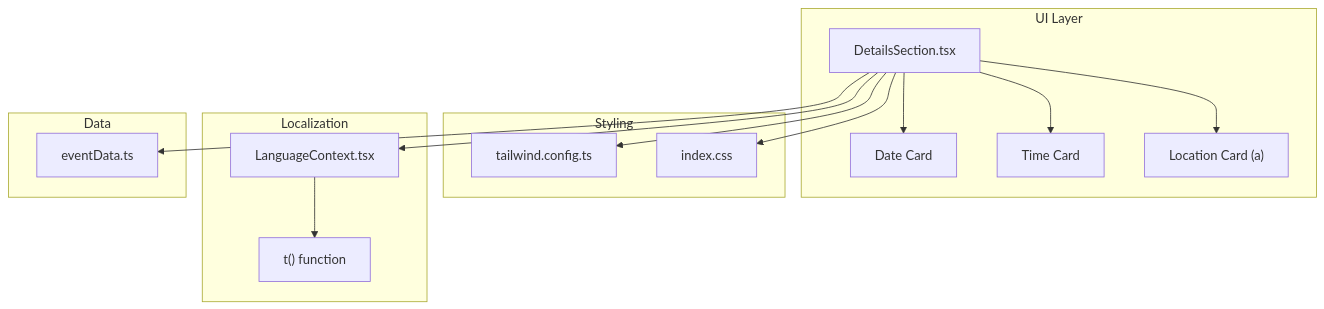
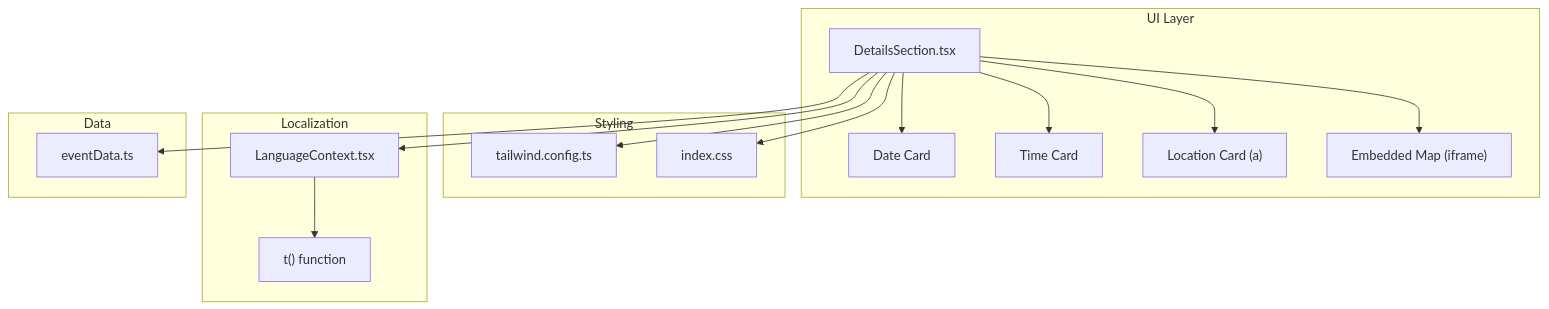
One commit to mohjak/sc-dof changed the second of 3 diagrams in .qoder/repowiki/en/content/Component Architecture/Core Section Components/Details Section.md. Above: the diagram before and after it, drawn with Mermaid. The commit also changed other lines of this file and 8 other files, not shown here.

````diff
--- a/.qoder/repowiki/en/content/Component Architecture/Core Section Components/Details Section.md
+++ b/.qoder/repowiki/en/content/Component Architecture/Core Section Components/Details Section.md
@@ -73,28 +83,30 @@
 ```mermaid
 graph TB
 subgraph "UI Layer"
 DS["DetailsSection.tsx"]
 CARD1["Date Card"]
 CARD2["Time Card"]
 CARD3["Location Card (a)"]
+IFRAME["Embedded Map (iframe)"]
 end
 subgraph "Styling"
 TWCFG["tailwind.config.ts"]
 IDXCSS["index.css"]
 end
 subgraph "Localization"
 LCTX["LanguageContext.tsx"]
 T["t() function"]
 end
 subgraph "Data"
 EDATA["eventData.ts"]
 end
 DS --> CARD1
 DS --> CARD2
 DS --> CARD3
+DS --> IFRAME
 DS --> LCTX
 DS --> TWCFG
 DS --> IDXCSS
 DS --> EDATA
 LCTX --> T
 ```
````
